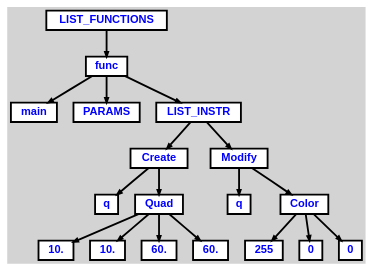
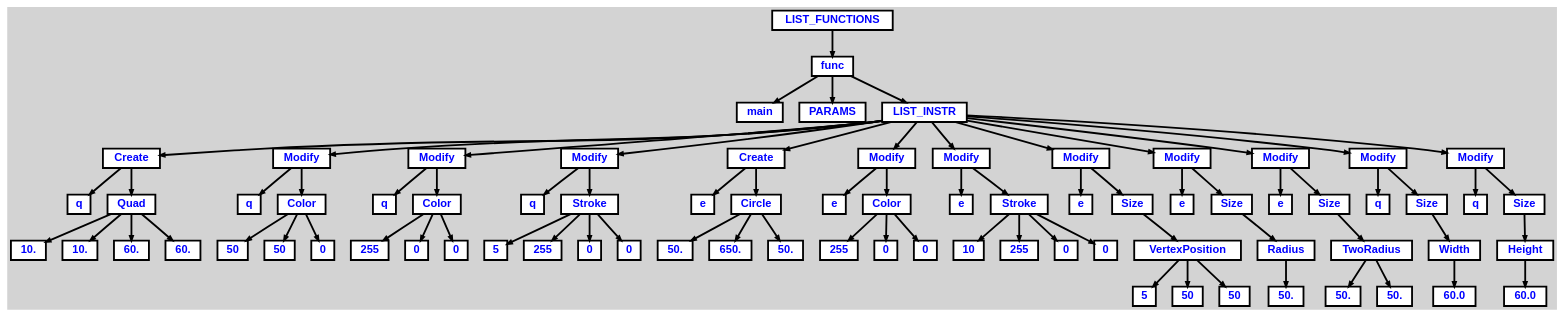
The diagram in Asl/examples/jp1.dot (RogerNogue/animationVisualizer), drawn with Graphviz before and after one commit. The commit also changed 13 other files, not shown here.

```diff
--- a/Asl/examples/jp1.dot
+++ b/Asl/examples/jp1.dot
@@ -1,52 +1,197 @@
 digraph {
 
 	ordering=out;
 	ranksep=.4;
 	bgcolor="lightgrey"; node [shape=box, fixedsize=false, fontsize=12, fontname="Helvetica-bold", fontcolor="blue"
 		width=.25, height=.25, color="black", fillcolor="white", style="filled, solid, bold"];
 	edge [arrowsize=.5, color="black", style="bold"]
 
   n0 [label="LIST_FUNCTIONS"];
   n1 [label="func"];
   n1 [label="func"];
   n2 [label="main"];
   n3 [label="PARAMS"];
   n4 [label="LIST_INSTR"];
   n4 [label="LIST_INSTR"];
   n5 [label="Create"];
   n5 [label="Create"];
   n6 [label="q"];
   n7 [label="Quad"];
   n7 [label="Quad"];
   n8 [label="10."];
   n9 [label="10."];
   n10 [label="60."];
   n11 [label="60."];
   n12 [label="Modify"];
   n12 [label="Modify"];
   n13 [label="q"];
   n14 [label="Color"];
   n14 [label="Color"];
-  n15 [label="255"];
-  n16 [label="0"];
+  n15 [label="50"];
+  n16 [label="50"];
   n17 [label="0"];
+  n18 [label="Modify"];
+  n18 [label="Modify"];
+  n19 [label="q"];
+  n20 [label="Color"];
+  n20 [label="Color"];
+  n21 [label="255"];
+  n22 [label="0"];
+  n23 [label="0"];
+  n24 [label="Modify"];
+  n24 [label="Modify"];
+  n25 [label="q"];
+  n26 [label="Stroke"];
+  n26 [label="Stroke"];
+  n27 [label="5"];
+  n28 [label="255"];
+  n29 [label="0"];
+  n30 [label="0"];
+  n31 [label="Create"];
+  n31 [label="Create"];
+  n32 [label="e"];
+  n33 [label="Circle"];
+  n33 [label="Circle"];
+  n34 [label="50."];
+  n35 [label="650."];
+  n36 [label="50."];
+  n37 [label="Modify"];
+  n37 [label="Modify"];
+  n38 [label="e"];
+  n39 [label="Color"];
+  n39 [label="Color"];
+  n40 [label="255"];
+  n41 [label="0"];
+  n42 [label="0"];
+  n43 [label="Modify"];
+  n43 [label="Modify"];
+  n44 [label="e"];
+  n45 [label="Stroke"];
+  n45 [label="Stroke"];
+  n46 [label="10"];
+  n47 [label="255"];
+  n48 [label="0"];
+  n49 [label="0"];
+  n50 [label="Modify"];
+  n50 [label="Modify"];
+  n51 [label="e"];
+  n52 [label="Size"];
+  n52 [label="Size"];
+  n53 [label="VertexPosition"];
+  n53 [label="VertexPosition"];
+  n54 [label="5"];
+  n55 [label="50"];
+  n56 [label="50"];
+  n57 [label="Modify"];
+  n57 [label="Modify"];
+  n58 [label="e"];
+  n59 [label="Size"];
+  n59 [label="Size"];
+  n60 [label="Radius"];
+  n60 [label="Radius"];
+  n61 [label="50."];
+  n62 [label="Modify"];
+  n62 [label="Modify"];
+  n63 [label="e"];
+  n64 [label="Size"];
+  n64 [label="Size"];
+  n65 [label="TwoRadius"];
+  n65 [label="TwoRadius"];
+  n66 [label="50."];
+  n67 [label="50."];
+  n68 [label="Modify"];
+  n68 [label="Modify"];
+  n69 [label="q"];
+  n70 [label="Size"];
+  n70 [label="Size"];
+  n71 [label="Width"];
+  n71 [label="Width"];
+  n72 [label="60.0"];
+  n73 [label="Modify"];
+  n73 [label="Modify"];
+  n74 [label="q"];
+  n75 [label="Size"];
+  n75 [label="Size"];
+  n76 [label="Height"];
+  n76 [label="Height"];
+  n77 [label="60.0"];
 
   n0 -> n1 // "LIST_FUNCTIONS" -> "func"
   n1 -> n2 // "func" -> "main"
   n1 -> n3 // "func" -> "PARAMS"
   n1 -> n4 // "func" -> "LIST_INSTR"
   n4 -> n5 // "LIST_INSTR" -> "Create"
   n5 -> n6 // "Create" -> "q"
   n5 -> n7 // "Create" -> "Quad"
   n7 -> n8 // "Quad" -> "10."
   n7 -> n9 // "Quad" -> "10."
   n7 -> n10 // "Quad" -> "60."
   n7 -> n11 // "Quad" -> "60."
   n4 -> n12 // "LIST_INSTR" -> "Modify"
   n12 -> n13 // "Modify" -> "q"
   n12 -> n14 // "Modify" -> "Color"
-  n14 -> n15 // "Color" -> "255"
-  n14 -> n16 // "Color" -> "0"
+  n14 -> n15 // "Color" -> "50"
+  n14 -> n16 // "Color" -> "50"
   n14 -> n17 // "Color" -> "0"
+  n4 -> n18 // "LIST_INSTR" -> "Modify"
+  n18 -> n19 // "Modify" -> "q"
+  n18 -> n20 // "Modify" -> "Color"
+  n20 -> n21 // "Color" -> "255"
+  n20 -> n22 // "Color" -> "0"
+  n20 -> n23 // "Color" -> "0"
+  n4 -> n24 // "LIST_INSTR" -> "Modify"
+  n24 -> n25 // "Modify" -> "q"
+  n24 -> n26 // "Modify" -> "Stroke"
+  n26 -> n27 // "Stroke" -> "5"
+  n26 -> n28 // "Stroke" -> "255"
+  n26 -> n29 // "Stroke" -> "0"
+  n26 -> n30 // "Stroke" -> "0"
+  n4 -> n31 // "LIST_INSTR" -> "Create"
+  n31 -> n32 // "Create" -> "e"
+  n31 -> n33 // "Create" -> "Circle"
+  n33 -> n34 // "Circle" -> "50."
+  n33 -> n35 // "Circle" -> "650."
+  n33 -> n36 // "Circle" -> "50."
+  n4 -> n37 // "LIST_INSTR" -> "Modify"
+  n37 -> n38 // "Modify" -> "e"
+  n37 -> n39 // "Modify" -> "Color"
+  n39 -> n40 // "Color" -> "255"
+  n39 -> n41 // "Color" -> "0"
+  n39 -> n42 // "Color" -> "0"
+  n4 -> n43 // "LIST_INSTR" -> "Modify"
+  n43 -> n44 // "Modify" -> "e"
+  n43 -> n45 // "Modify" -> "Stroke"
+  n45 -> n46 // "Stroke" -> "10"
+  n45 -> n47 // "Stroke" -> "255"
+  n45 -> n48 // "Stroke" -> "0"
+  n45 -> n49 // "Stroke" -> "0"
+  n4 -> n50 // "LIST_INSTR" -> "Modify"
+  n50 -> n51 // "Modify" -> "e"
+  n50 -> n52 // "Modify" -> "Size"
+  n52 -> n53 // "Size" -> "VertexPosition"
+  n53 -> n54 // "VertexPosition" -> "5"
+  n53 -> n55 // "VertexPosition" -> "50"
+  n53 -> n56 // "VertexPosition" -> "50"
+  n4 -> n57 // "LIST_INSTR" -> "Modify"
+  n57 -> n58 // "Modify" -> "e"
+  n57 -> n59 // "Modify" -> "Size"
+  n59 -> n60 // "Size" -> "Radius"
+  n60 -> n61 // "Radius" -> "50."
+  n4 -> n62 // "LIST_INSTR" -> "Modify"
+  n62 -> n63 // "Modify" -> "e"
+  n62 -> n64 // "Modify" -> "Size"
+  n64 -> n65 // "Size" -> "TwoRadius"
+  n65 -> n66 // "TwoRadius" -> "50."
+  n65 -> n67 // "TwoRadius" -> "50."
+  n4 -> n68 // "LIST_INSTR" -> "Modify"
+  n68 -> n69 // "Modify" -> "q"
+  n68 -> n70 // "Modify" -> "Size"
+  n70 -> n71 // "Size" -> "Width"
+  n71 -> n72 // "Width" -> "60.0"
+  n4 -> n73 // "LIST_INSTR" -> "Modify"
+  n73 -> n74 // "Modify" -> "q"
+  n73 -> n75 // "Modify" -> "Size"
+  n75 -> n76 // "Size" -> "Height"
+  n76 -> n77 // "Height" -> "60.0"
 
 }
```
